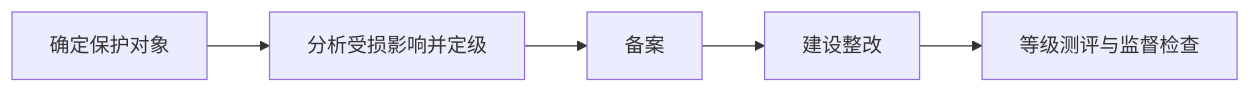
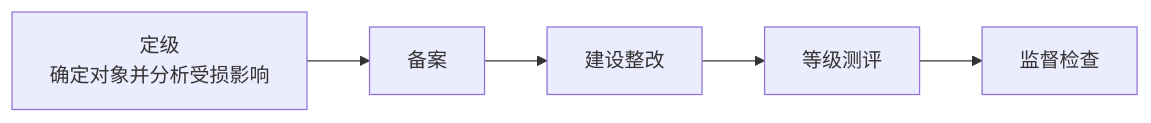
Before and after one commit to 74262195/system-architect-notes: the diagram in 01_综合知识/03_信息安全技术/05_安全架构治理与可信/等级保护2.0.md, drawn with Mermaid. The commit also changed other lines of this file and 5 other files, not shown here.

Commit message:
docs: fix downstream security diagrams

````diff
--- a/01_综合知识/03_信息安全技术/05_安全架构治理与可信/等级保护2.0.md
+++ b/01_综合知识/03_信息安全技术/05_安全架构治理与可信/等级保护2.0.md
@@ -31,7 +33,7 @@
 ```mermaid
 flowchart LR
-    A[确定保护对象] --> B[分析受损影响并定级]
-    B --> C[备案]
-    C --> D[建设整改]
-    D --> E[等级测评与监督检查]
+    A[定级<br/>确定对象并分析受损影响] --> B[备案]
+    B --> C[建设整改]
+    C --> D[等级测评]
+    D --> E[监督检查]
 ```
````
